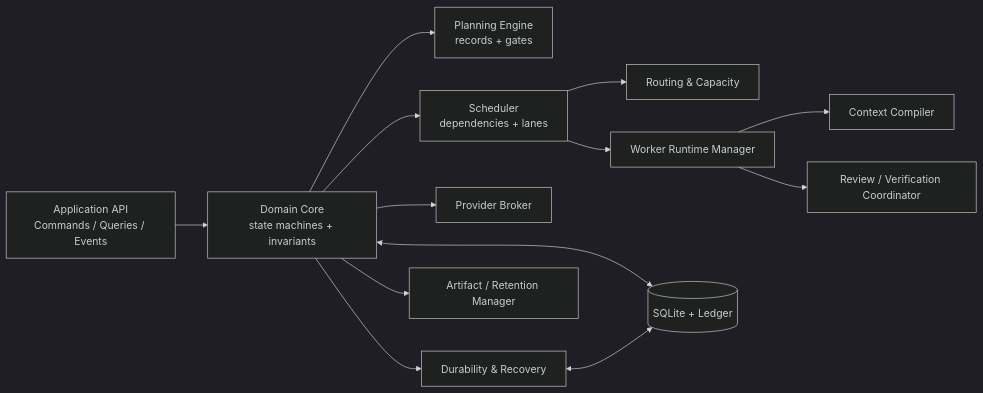
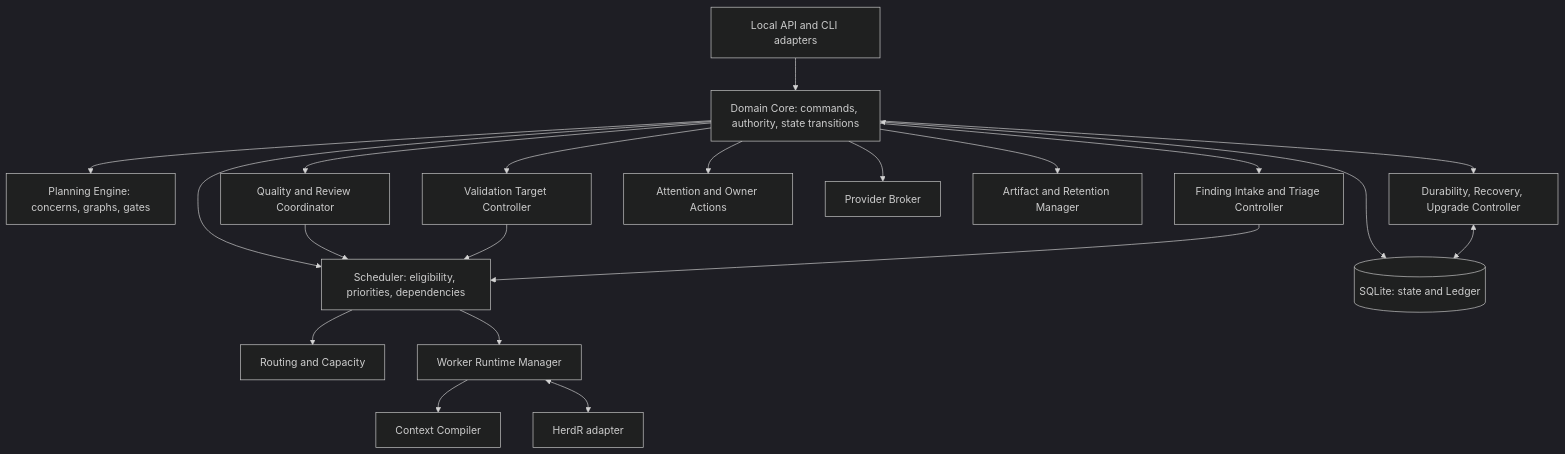
The third of 3 diagrams in docs/explanation/architecture.md (blac9216/PriFly), drawn with Mermaid (dark theme) before and after one commit. The commit also changed other lines of this file and 71 other files, not shown here.

````diff
--- a/docs/explanation/architecture.md
+++ b/docs/explanation/architecture.md
@@ -44,28 +84,22 @@
 ```mermaid
-flowchart LR
-    API[Application API\nCommands / Queries / Events]
-    Domain[Domain Core\nstate machines + invariants]
-    Planning[Planning Engine\nrecords + gates]
-    Scheduler[Scheduler\ndependencies + lanes]
-    Routing[Routing & Capacity]
-    Runtime[Worker Runtime Manager]
-    Context[Context Compiler]
-    Review[Review / Verification Coordinator]
-    Provider[Provider Broker]
-    Durability[Durability & Recovery]
-    Artifacts[Artifact / Retention Manager]
-    State[(SQLite + Ledger)]
-
-    API --> Domain
-    Domain --> Planning
-    Domain --> Scheduler
-    Scheduler --> Routing
-    Scheduler --> Runtime
-    Runtime --> Context
-    Runtime --> Review
-    Domain --> Provider
-    Domain --> Durability
-    Domain --> Artifacts
-    Domain <--> State
+flowchart TB
+    API["Local API and CLI adapters"] --> Domain["Domain Core: commands, authority, state transitions"]
+    Domain --> Planning["Planning Engine: concerns, graphs, gates"]
+    Domain --> Intake["Finding Intake and Triage Controller"]
+    Domain --> Scheduler["Scheduler: eligibility, priorities, dependencies"]
+    Scheduler --> Routing["Routing and Capacity"]
+    Scheduler --> Runtime["Worker Runtime Manager"]
+    Runtime --> Context["Context Compiler"]
+    Runtime <--> HerdR["HerdR adapter"]
+    Domain --> Quality["Quality and Review Coordinator"]
+    Domain --> Validation["Validation Target Controller"]
+    Domain --> Attention["Attention and Owner Actions"]
+    Domain --> Broker["Provider Broker"]
+    Domain --> Artifacts["Artifact and Retention Manager"]
+    Domain --> Durability["Durability, Recovery, Upgrade Controller"]
+    Domain <--> State[("SQLite: state and Ledger")]
     Durability <--> State
+    Quality --> Scheduler
+    Validation --> Scheduler
+    Intake --> Scheduler
 ```
````
